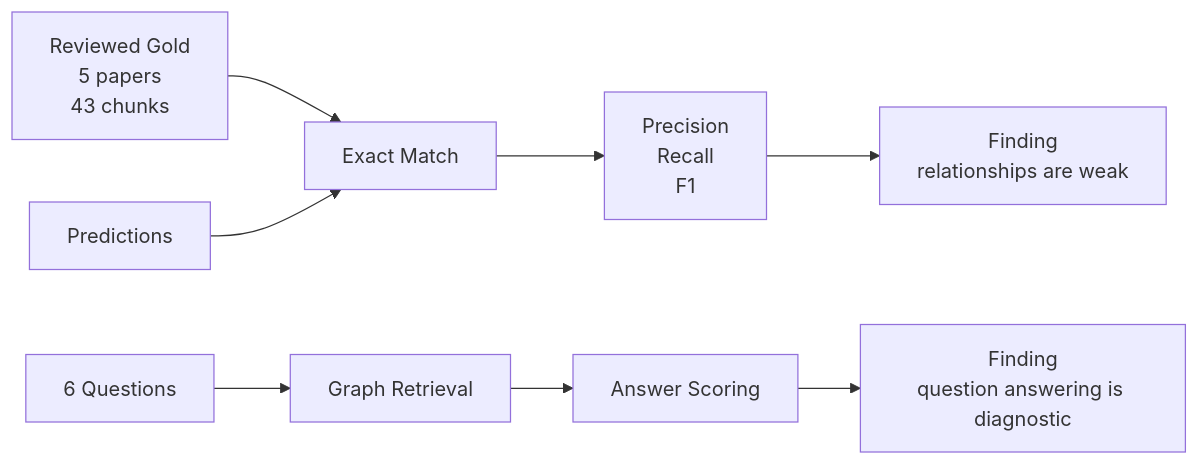
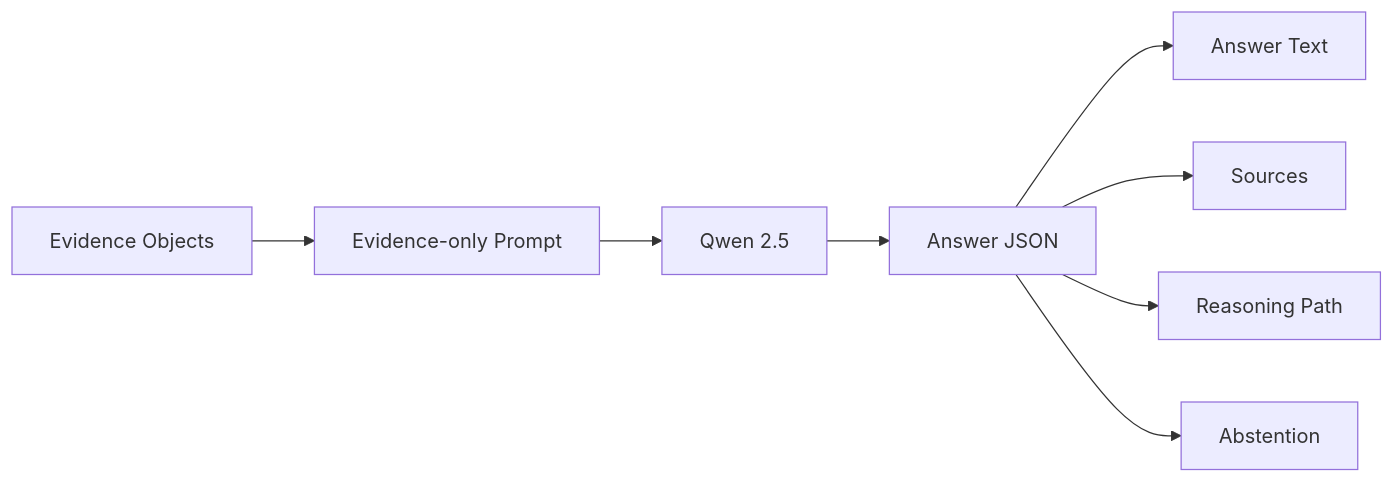
Before and after one commit to anthonylitwin/med-graph-rag: the tenth of 12 diagrams in docs/capstone_presentation.md, drawn with Mermaid. The commit also changed other lines of this file, not shown here.

````diff
--- a/docs/capstone_presentation.md
+++ b/docs/capstone_presentation.md
@@ -442,11 +502,10 @@
 ```mermaid
 flowchart LR
-    G["Reviewed Gold<br/>5 papers<br/>43 chunks"] --> M["Exact Match"]
-    P["Predictions"] --> M
-    M --> S["Precision<br/>Recall<br/>F1"]
-    S --> R["Finding<br/>relationships are weak"]
-
-    Q["6 Questions"] --> GR["Graph Retrieval"]
-    GR --> AS["Answer Scoring"]
-    AS --> QF["Finding<br/>question answering is diagnostic"]
+    A["Evidence Objects"] --> B["Evidence-only Prompt"]
+    B --> C["Qwen 2.5"]
+    C --> D["Answer JSON"]
+    D --> E["Answer Text"]
+    D --> F["Sources"]
+    D --> G["Reasoning Path"]
+    D --> H["Abstention"]
 ```
````
